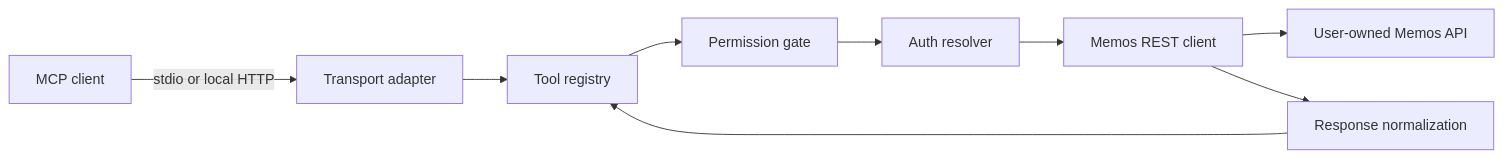
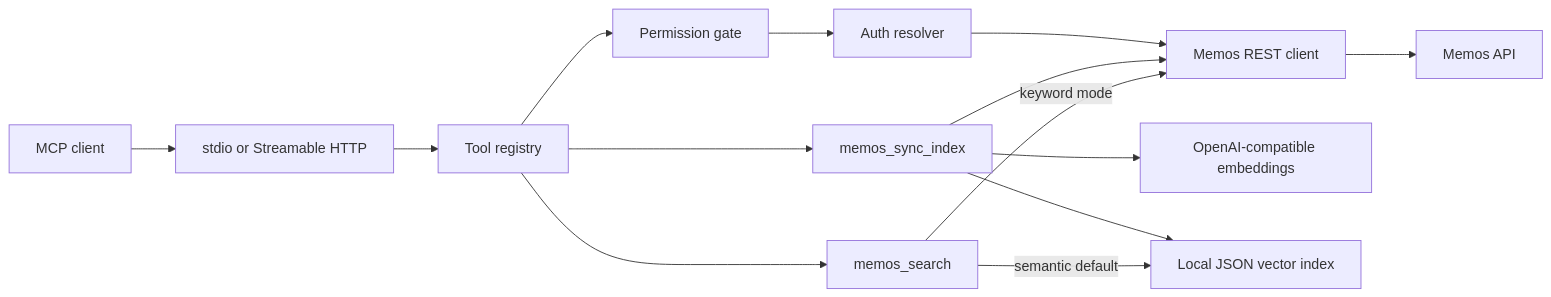
Before and after one commit to CharyeahOwO/memos-mcp: the diagram in docs/architecture.md, drawn with Mermaid. The commit also changed other lines of this file and 31 other files, not shown here.

First line of the commit message:
refactor: update semantic search implementation and remove optional profile language

````diff
--- a/docs/architecture.md
+++ b/docs/architecture.md
@@ -25,11 +7,18 @@
 ```mermaid
 flowchart LR
-  Client["MCP client"] -->|stdio or local HTTP| Transport["Transport adapter"]
+  Client["MCP client"] --> Transport["stdio or Streamable HTTP"]
   Transport --> Registry["Tool registry"]
   Registry --> Gate["Permission gate"]
   Gate --> Auth["Auth resolver"]
   Auth --> Api["Memos REST client"]
-  Api --> Memos["User-owned Memos API"]
-  Api --> Normalize["Response normalization"]
-  Normalize --> Registry
+  Api --> Memos["Memos API"]
+
+  Registry --> Sync["memos_sync_index"]
+  Sync --> Api
+  Sync --> Embed["OpenAI-compatible embeddings"]
+  Sync --> Index["Local JSON vector index"]
+
+  Registry --> Search["memos_search"]
+  Search -->|semantic default| Index
+  Search -->|keyword mode| Api
 ```
````
